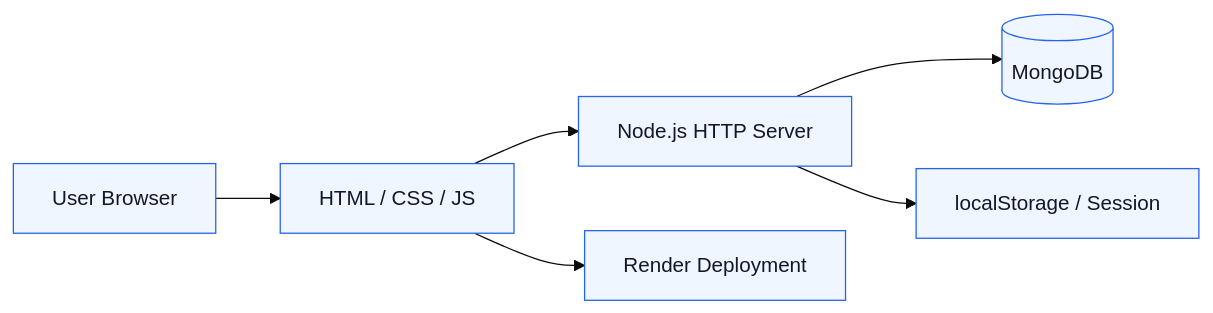
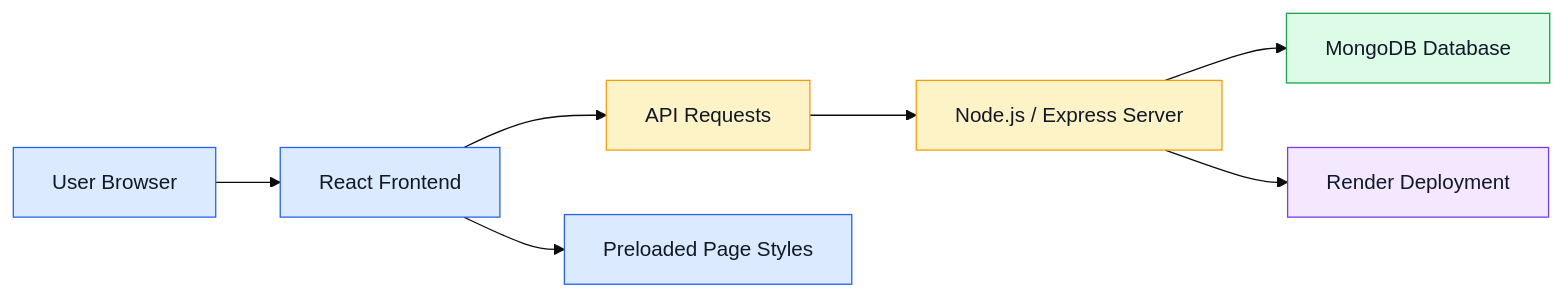
Before and after one commit to CapstoneDesign-Spring2026-UlsanCollege/Free_Sewaa: the first of 2 diagrams in docs/SYSTEM_ARCHITECTURE.md, drawn with Mermaid (base theme). The commit also changed other lines of this file and 5 other files, not shown here.

First line of the commit message:
update project guides for React frontend changes

````diff
--- a/docs/SYSTEM_ARCHITECTURE.md
+++ b/docs/SYSTEM_ARCHITECTURE.md
@@ -5,11 +5,20 @@
 ```mermaid
 flowchart LR
-    User[User Browser] --> Frontend[HTML / CSS / JS]
-    Frontend --> API[Node.js HTTP Server]
-    API --> DB[(MongoDB)]
-    API --> Auth[localStorage / Session]
-    Frontend --> Render[Render Deployment]
+    A[User Browser] --> B[React Frontend]
+    B --> C[API Requests]
+    C --> D[Node.js / Express Server]
+    D --> E[MongoDB Database]
 
-    classDef layer fill:#EFF6FF,stroke:#2563EB,color:#111827;
-    class User,Frontend,API,DB,Auth,Render layer;
+    B --> F[Preloaded Page Styles]
+    D --> G[Render Deployment]
+
+    classDef frontend fill:#DBEAFE,stroke:#2563EB,color:#111827;
+    classDef backend fill:#FEF3C7,stroke:#F59E0B,color:#111827;
+    classDef database fill:#DCFCE7,stroke:#16A34A,color:#111827;
+    classDef deploy fill:#F3E8FF,stroke:#7C3AED,color:#111827;
+
+    class A,B,F frontend;
+    class C,D backend;
+    class E database;
+    class G deploy;
 ```
````
